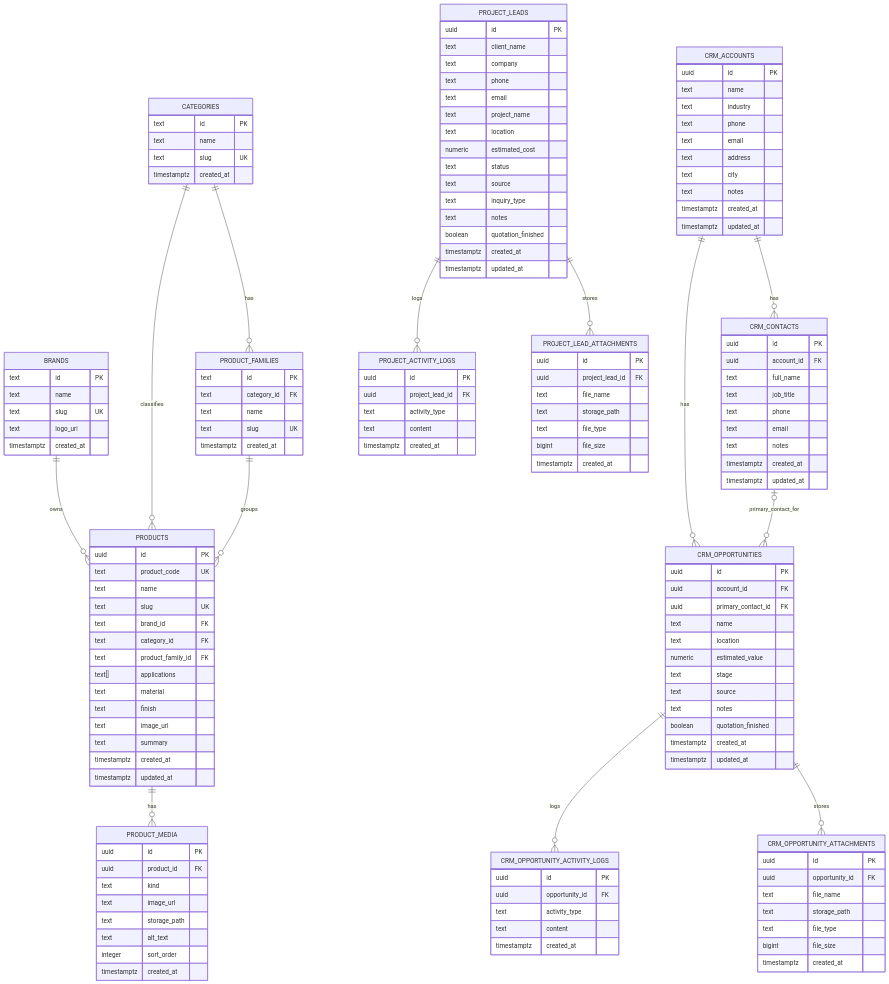
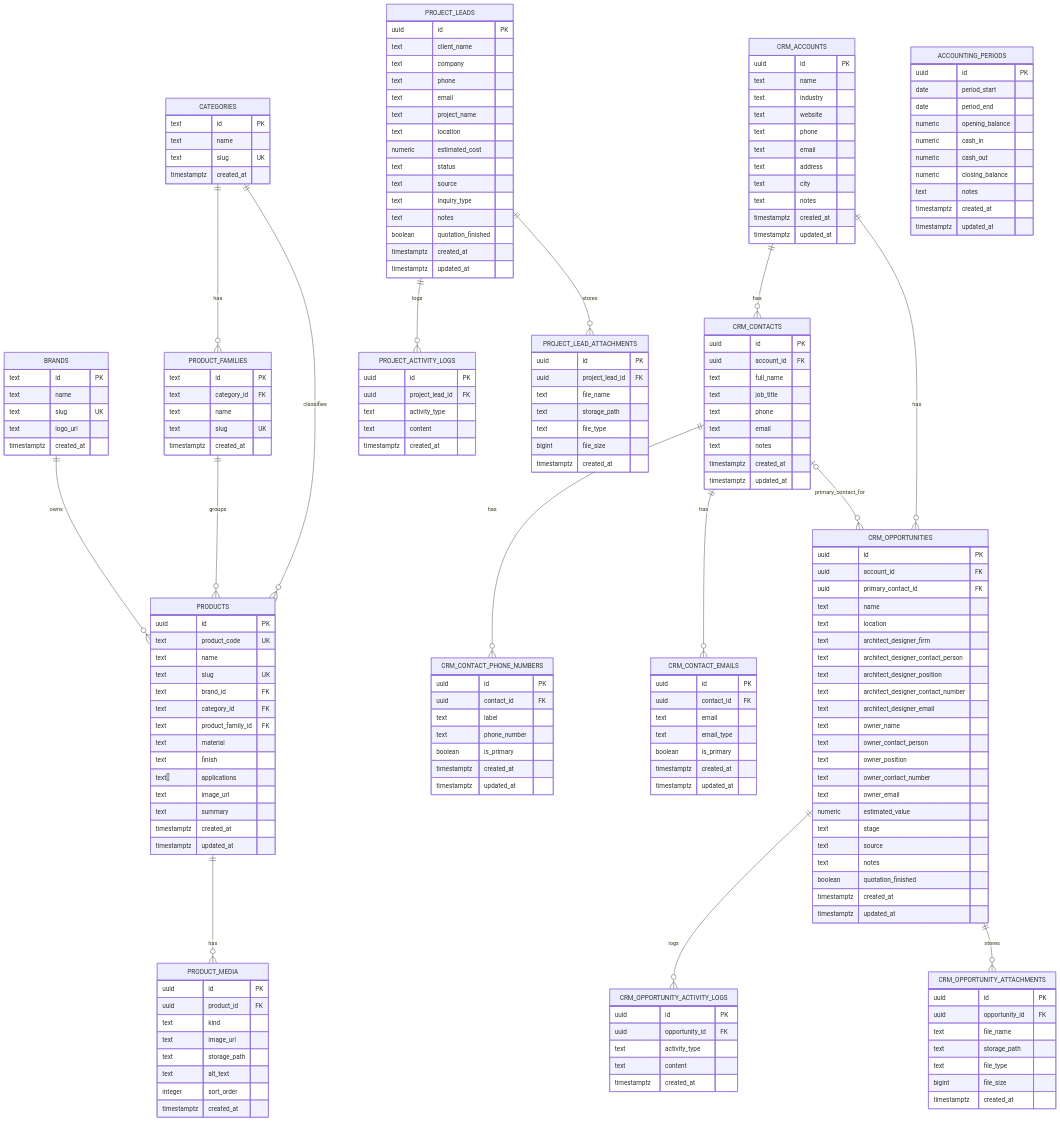
Before and after one commit to JeydiDJ/tiles-and-more: the diagram in docs/supabase-erd-documentation.md, drawn with Mermaid. The commit also changed other lines of this file and 1 other file, not shown here.

```diff
--- a/docs/supabase-erd-documentation.md
+++ b/docs/supabase-erd-documentation.md
@@ -62,9 +78,9 @@
         text brand_id FK
         text category_id FK
         text product_family_id FK
-        text[] applications
         text material
         text finish
+        text[] applications
         text image_url
         text summary
         timestamptz created_at
@@ -86,6 +102,7 @@
         uuid id PK
         text name
         text industry
+        text website
         text phone
         text email
         text address
@@ -107,12 +124,42 @@
         timestamptz updated_at
     }
 
+    CRM_CONTACT_PHONE_NUMBERS {
+        uuid id PK
+        uuid contact_id FK
+        text label
+        text phone_number
+        boolean is_primary
+        timestamptz created_at
+        timestamptz updated_at
+    }
+
+    CRM_CONTACT_EMAILS {
+        uuid id PK
+        uuid contact_id FK
+        text email
+        text email_type
+        boolean is_primary
+        timestamptz created_at
+        timestamptz updated_at
+    }
+
     CRM_OPPORTUNITIES {
         uuid id PK
         uuid account_id FK
         uuid primary_contact_id FK
         text name
         text location
+        text architect_designer_firm
+        text architect_designer_contact_person
+        text architect_designer_position
+        text architect_designer_contact_number
+        text architect_designer_email
+        text owner_name
+        text owner_contact_person
+        text owner_position
+        text owner_contact_number
+        text owner_email
         numeric estimated_value
         text stage
         text source
@@ -176,6 +223,19 @@
         timestamptz created_at
     }
 
+    ACCOUNTING_PERIODS {
+        uuid id PK
+        date period_start
+        date period_end
+        numeric opening_balance
+        numeric cash_in
+        numeric cash_out
+        numeric closing_balance
+        text notes
+        timestamptz created_at
+        timestamptz updated_at
+    }
+
     CATEGORIES ||--o{ PRODUCT_FAMILIES : has
     BRANDS ||--o{ PRODUCTS : owns
     CATEGORIES ||--o{ PRODUCTS : classifies
@@ -183,6 +243,8 @@
     PRODUCTS ||--o{ PRODUCT_MEDIA : has
 
     CRM_ACCOUNTS ||--o{ CRM_CONTACTS : has
+    CRM_CONTACTS ||--o{ CRM_CONTACT_PHONE_NUMBERS : has
+    CRM_CONTACTS ||--o{ CRM_CONTACT_EMAILS : has
     CRM_ACCOUNTS ||--o{ CRM_OPPORTUNITIES : has
     CRM_CONTACTS o|--o{ CRM_OPPORTUNITIES : primary_contact_for
     CRM_OPPORTUNITIES ||--o{ CRM_OPPORTUNITY_ACTIVITY_LOGS : logs
```
